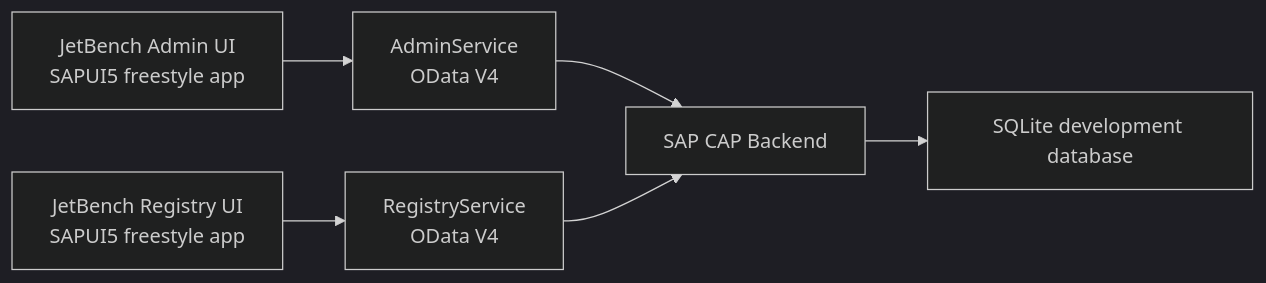
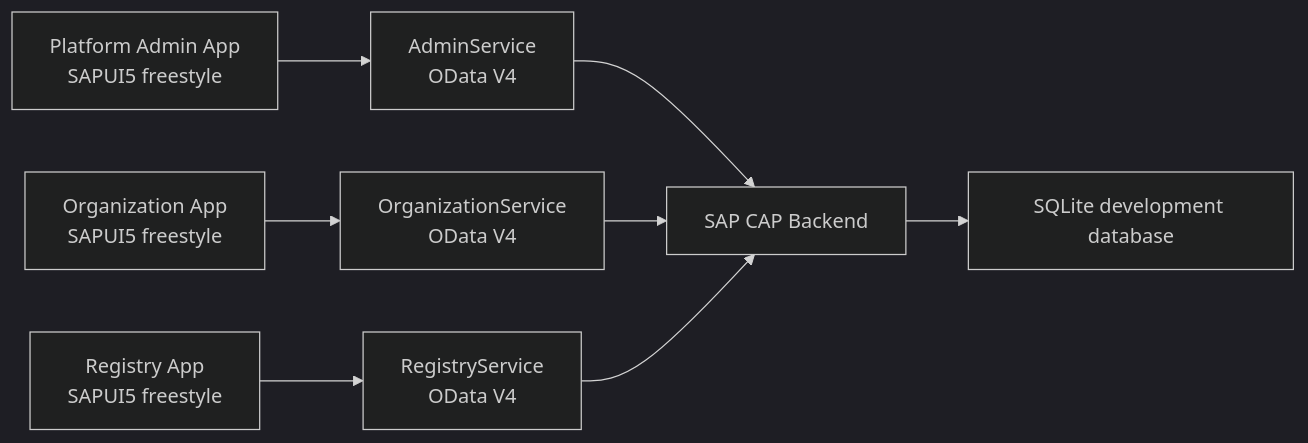
Before and after one commit to luisrnandezc/jetbench: the diagram in README.md, drawn with Mermaid (dark theme). The commit also changed other lines of this file and 1 other file, not shown here.

````diff
--- a/README.md
+++ b/README.md
@@ -44,15 +40,23 @@
 ```mermaid
 flowchart LR
-    AdminUI["JetBench Admin UI<br/>SAPUI5 freestyle app"]
-    RegistryUI["JetBench Registry UI<br/>SAPUI5 freestyle app"]
+    AdminUI["Platform Admin App<br/>SAPUI5 freestyle"]
+    OrgUI["Organization App<br/>SAPUI5 freestyle"]
+    RegistryUI["Registry App<br/>SAPUI5 freestyle"]
+
     AdminService["AdminService<br/>OData V4"]
+    OrgService["OrganizationService<br/>OData V4"]
     RegistryService["RegistryService<br/>OData V4"]
+
     CAP["SAP CAP Backend"]
     DB["SQLite development database"]
 
     AdminUI --> AdminService
+    OrgUI --> OrgService
     RegistryUI --> RegistryService
+
     AdminService --> CAP
+    OrgService --> CAP
     RegistryService --> CAP
+
     CAP --> DB
 ```
````
